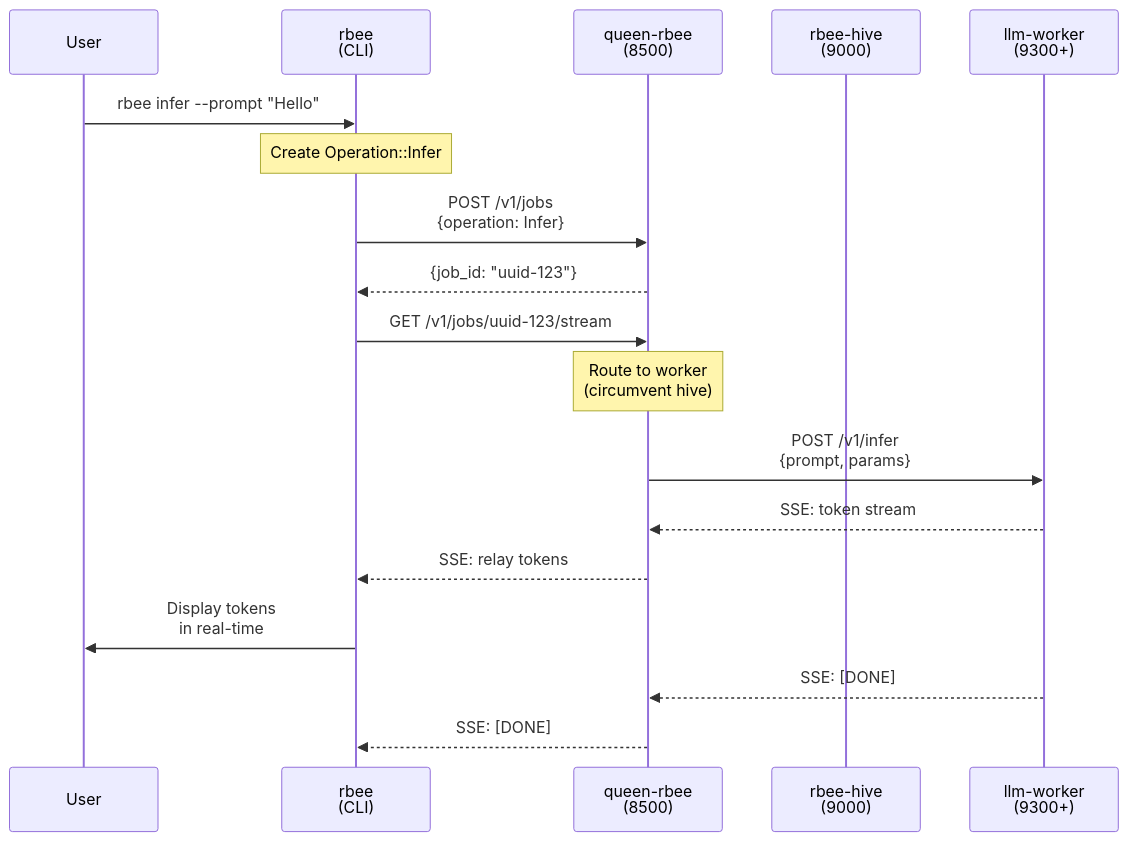
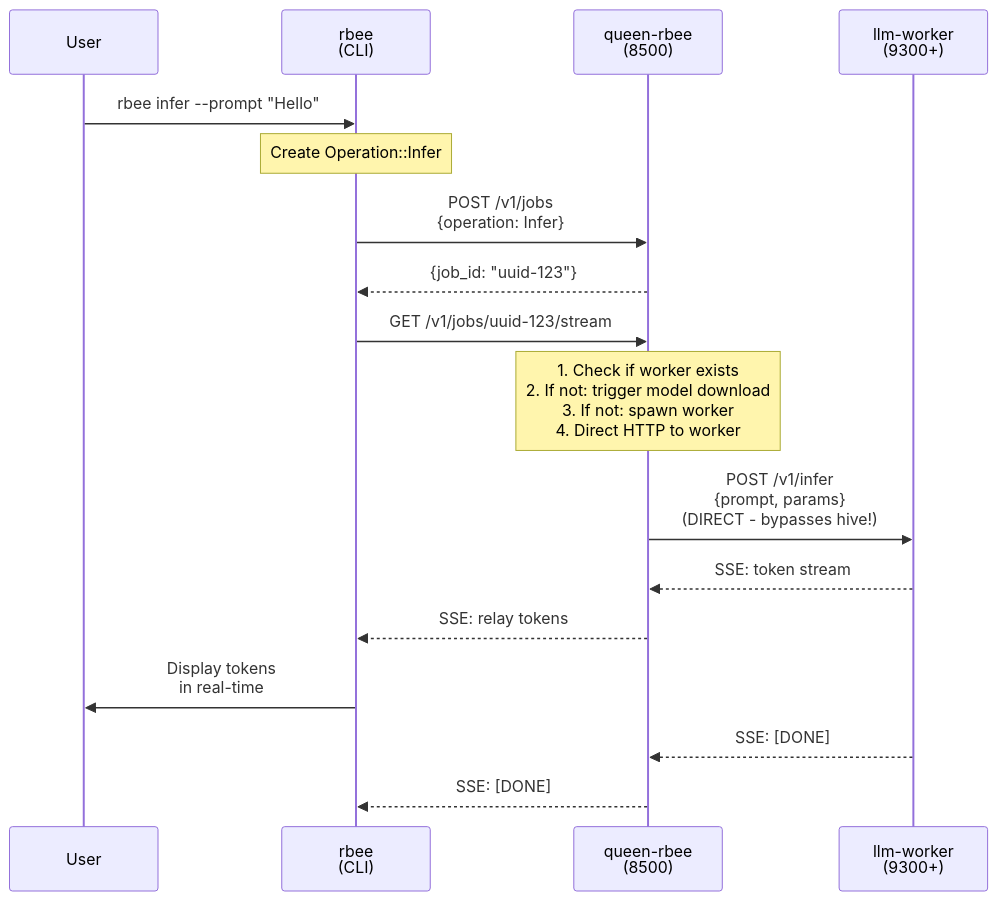
One commit to veighnsche/llama-orch changed the second of 5 diagrams in README.md. Above: the diagram before and after it, drawn with Mermaid. The commit also changed other lines of this file and 1 other file, not shown here.

Commit message:
docs: simplify architecture from 4 to 3 core binaries and update SSH-based deployment flow

````diff
--- a/README.md
+++ b/README.md
@@ -679,29 +681,28 @@
 ```mermaid
 sequenceDiagram
     participant User
     participant Keeper as rbee<br/>(CLI)
     participant Queen as queen-rbee<br/>(8500)
-    participant Hive as rbee-hive<br/>(9000)
     participant Worker as llm-worker<br/>(9300+)
     
     User->>Keeper: rbee infer --prompt "Hello"
     
     Note over Keeper: Create Operation::Infer
     
     Keeper->>Queen: POST /v1/jobs<br/>{operation: Infer}
     Queen-->>Keeper: {job_id: "uuid-123"}
     
     Keeper->>Queen: GET /v1/jobs/uuid-123/stream
     
-    Note over Queen: Route to worker<br/>(circumvent hive)
+    Note over Queen: 1. Check if worker exists<br/>2. If not: trigger model download<br/>3. If not: spawn worker<br/>4. Direct HTTP to worker
     
-    Queen->>Worker: POST /v1/infer<br/>{prompt, params}
+    Queen->>Worker: POST /v1/infer<br/>{prompt, params}<br/>(DIRECT - bypasses hive!)
     
     Worker-->>Queen: SSE: token stream
     Queen-->>Keeper: SSE: relay tokens
     
     Keeper->>User: Display tokens<br/>in real-time
     
     Worker-->>Queen: SSE: [DONE]
     Queen-->>Keeper: SSE: [DONE]
 ```
````
